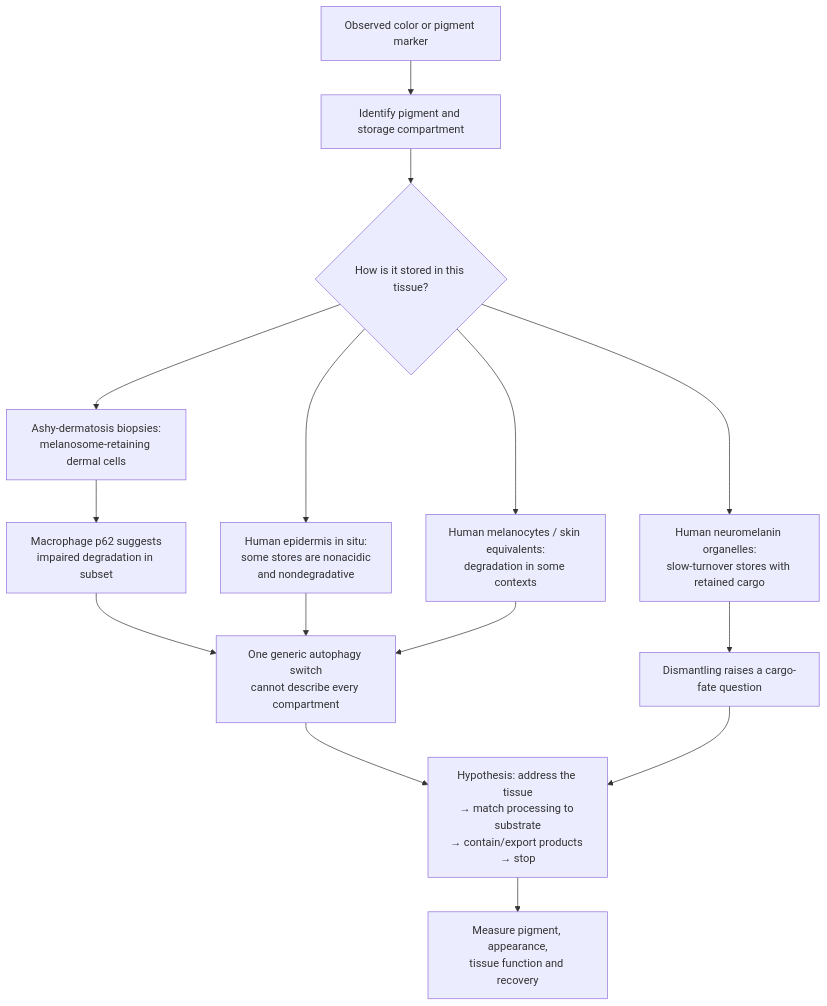
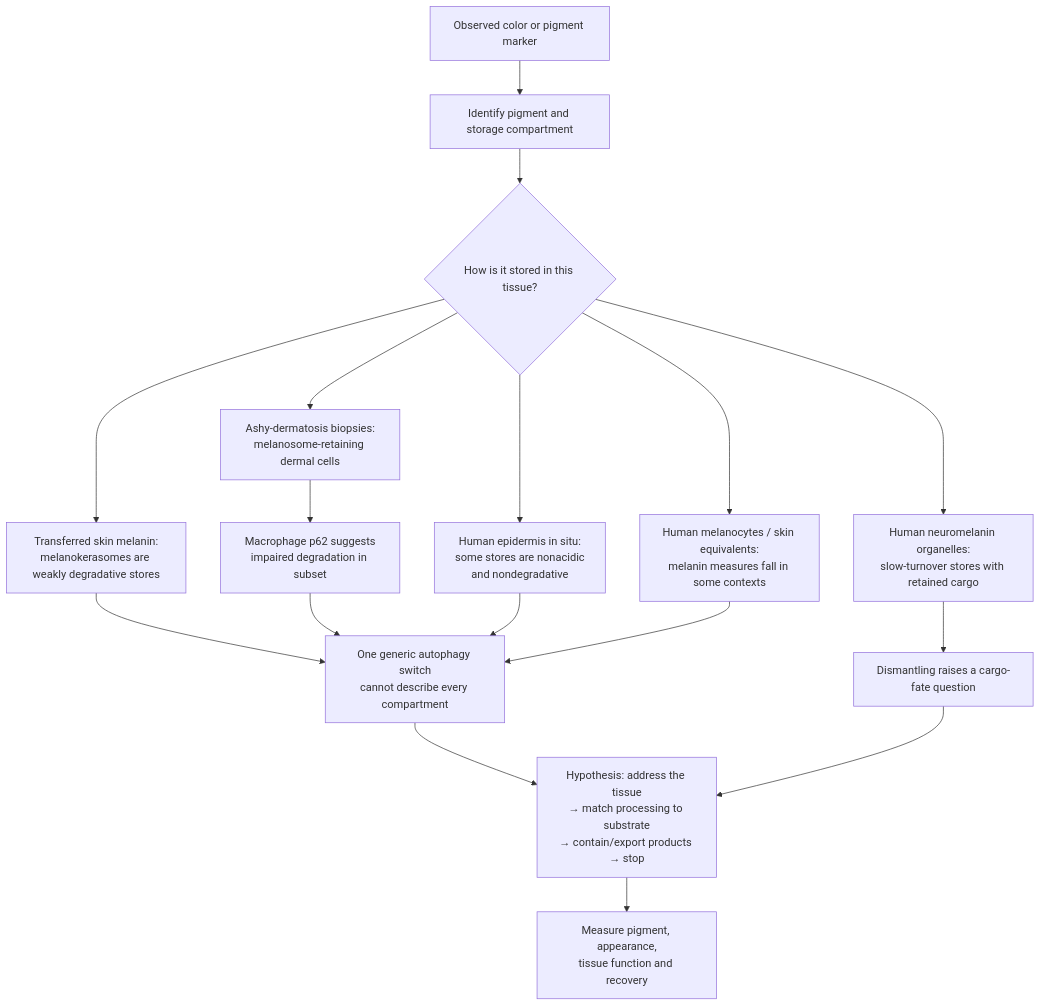
The sixth of 7 diagrams in research/selective-clearance-framework.md (dylanstechmann/iris-color-without-contacts), drawn with Mermaid before and after one commit. The commit also changed other lines of this file, not shown here.

Commit message:
Clarify tissue-specific melanin storage and clearance

````diff
--- a/research/selective-clearance-framework.md
+++ b/research/selective-clearance-framework.md
@@ -178,17 +178,19 @@
 ```mermaid
 flowchart TD
     P["Observed color or pigment marker"] --> A["Identify pigment and storage compartment"]
     A --> B{"How is it stored in this tissue?"}
     B --> C["Human epidermis in situ:<br/>some stores are nonacidic<br/>and nondegradative"]
-    B --> D["Human melanocytes / skin equivalents:<br/>degradation in some contexts"]
+    B --> D["Human melanocytes / skin equivalents:<br/>melanin measures fall in some contexts"]
+    B --> N["Transferred skin melanin:<br/>melanokerasomes are weakly degradative stores"]
+    N --> F
     B --> J["Ashy-dermatosis biopsies:<br/>melanosome-retaining dermal cells"]
     J --> K["Macrophage p62 suggests<br/>impaired degradation in subset"]
     K --> F
     B --> E["Human neuromelanin organelles:<br/>slow-turnover stores with retained cargo"]
     C --> F["One generic autophagy switch<br/>cannot describe every compartment"]
     D --> F
     E --> G["Dismantling raises a cargo-fate question"]
     F --> H["Hypothesis: address the tissue<br/>→ match processing to substrate<br/>→ contain/export products → stop"]
     G --> H
     H --> I["Measure pigment, appearance,<br/>tissue function and recovery"]
 ```
````
